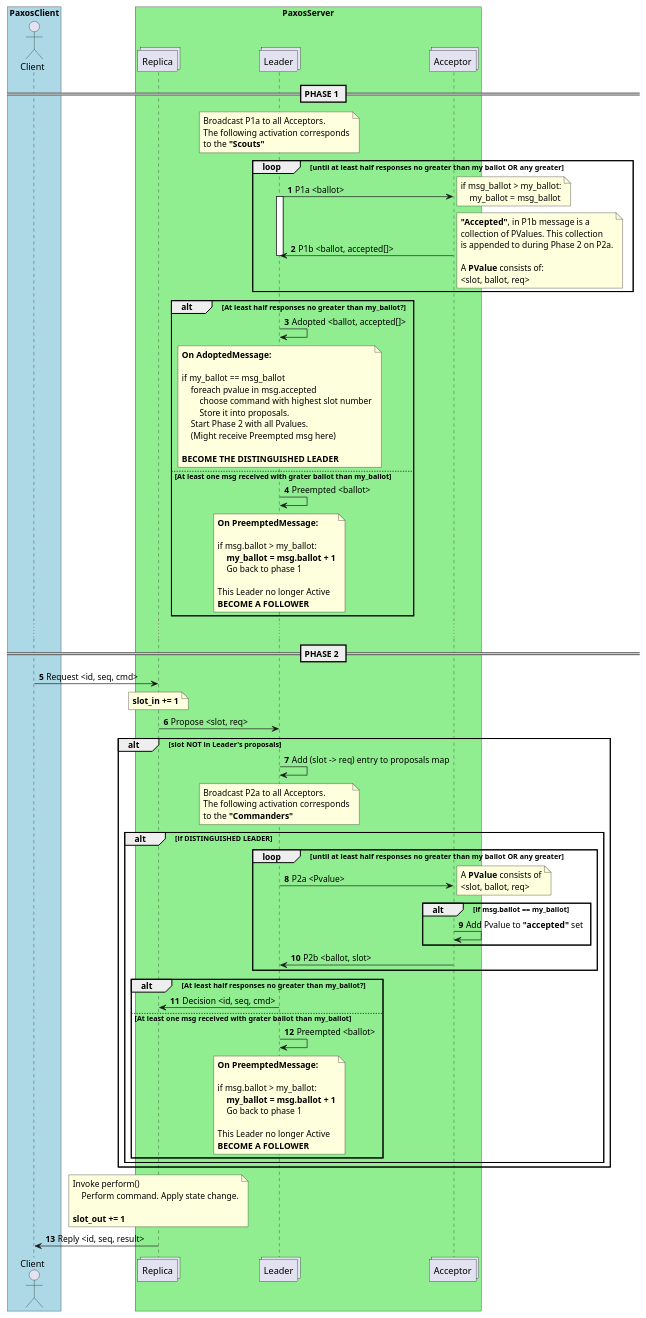
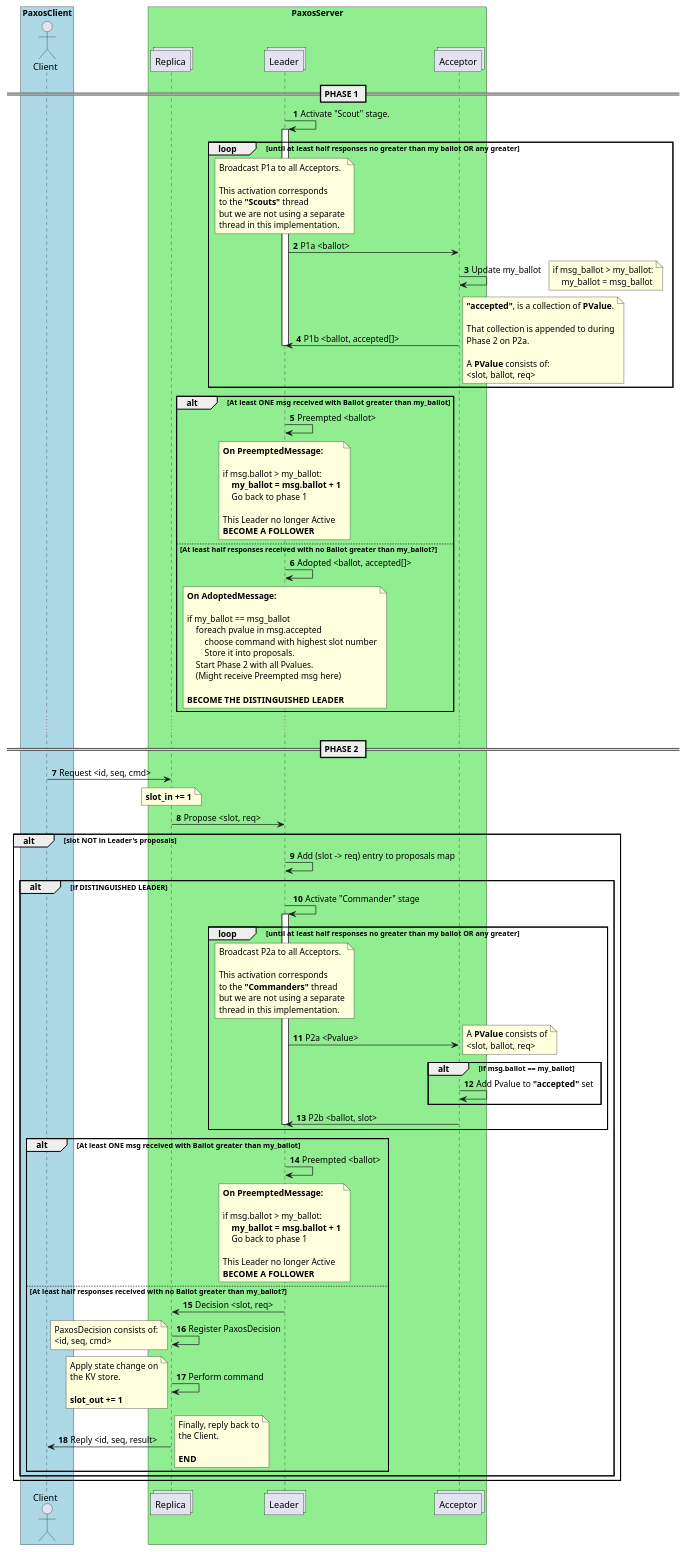
The diagram in paxos_sequence.puml (rodyce/paxos_understand), drawn with PlantUML before and after one commit.

Commit message:
Improve sequence diagram

```diff
--- a/paxos_sequence.puml
+++ b/paxos_sequence.puml
@@ -1,139 +1,166 @@
 @startuml PAXOS
 
 autonumber
 box "PaxosClient" #LightBlue
     actor Client
 end box
 box "PaxosServer" #LightGreen
     collections "Replica" as Replica
     collections "Leader" as Leader
     collections "Acceptor" as Acceptor
 end box
 
 
 == PHASE 1 ==
 
-note over Leader
-    Broadcast P1a to all Acceptors.
-    The following activation corresponds
-    to the **"Scouts"**
-end note
+Leader -> Leader : Activate "Scout" stage.
+
+activate Leader
 
 loop until at least half responses no greater than my ballot OR any greater
+    note over Leader
+        Broadcast P1a to all Acceptors.
+
+        This activation corresponds
+        to the **"Scouts"** thread
+        but we are not using a separate
+        thread in this implementation.
+    end note
+
     Leader -> Acceptor : P1a <ballot>
+
+    Acceptor -> Acceptor : Update my_ballot
     note right
         if msg_ballot > my_ballot:
             my_ballot = msg_ballot
     end note
 
-    activate Leader
-
     Acceptor -> Leader : P1b <ballot, accepted[]>
     note right
-        **"Accepted"**, in P1b message is a
-        collection of PValues. This collection
-        is appended to during Phase 2 on P2a.
+        **"accepted"**, is a collection of **PValue**.
+        
+        That collection is appended to during
+        Phase 2 on P2a.
 
         A **PValue** consists of:
         <slot, ballot, req>
     end note
 
     deactivate Leader
 end
 
-alt At least half responses no greater than my_ballot?
+alt At least ONE msg received with Ballot greater than my_ballot
+    Leader -> Leader : Preempted <ballot>
+    note over Leader
+        **On PreemptedMessage:**
+
+        if msg.ballot > my_ballot:
+            **my_ballot = msg.ballot + 1**
+            Go back to phase 1
+
+        This Leader no longer Active
+        **BECOME A FOLLOWER**
+    end note
+else At least half responses received with no Ballot greater than my_ballot?
     Leader -> Leader : Adopted <ballot, accepted[]>
     note over Leader
         **On AdoptedMessage:**
 
         if my_ballot == msg_ballot
             foreach pvalue in msg.accepted
                 choose command with highest slot number
                 Store it into proposals.
             Start Phase 2 with all Pvalues.
             (Might receive Preempted msg here)
 
         **BECOME THE DISTINGUISHED LEADER**
-    end note
-else At least one msg received with grater ballot than my_ballot
-    Leader -> Leader : Preempted <ballot>
-    note over Leader
-        **On PreemptedMessage:**
-
-        if msg.ballot > my_ballot:
-            **my_ballot = msg.ballot + 1**
-            Go back to phase 1
-
-        This Leader no longer Active
-        **BECOME A FOLLOWER**
     end note
 end
 
 
 ...
 
 == PHASE 2 ==
 
 Client -> Replica : Request <id, seq, cmd>
 note over Replica
     **slot_in += 1**
 end note
 
 Replica -> Leader : Propose <slot, req>
 
 alt slot NOT in Leader's proposals
     Leader -> Leader : Add (slot -> req) entry to proposals map
-    note over Leader
-        Broadcast P2a to all Acceptors.
-        The following activation corresponds
-        to the **"Commanders"**
-    end note
 
     alt if DISTINGUISHED LEADER
+        Leader -> Leader : Activate "Commander" stage
+        activate Leader
+
         loop until at least half responses no greater than my ballot OR any greater
+            note over Leader
+                Broadcast P2a to all Acceptors.
+
+                This activation corresponds
+                to the **"Commanders"** thread
+                but we are not using a separate
+                thread in this implementation.
+            end note
+
             Leader -> Acceptor : P2a <Pvalue>
             note right
                 A **PValue** consists of
                 <slot, ballot, req>
             end note
 
             alt if msg.ballot == my_ballot
                 Acceptor -> Acceptor : Add Pvalue to **"accepted"** set
             end
 
-            activate Leader
 
             Acceptor -> Leader : P2b <ballot, slot>
 
             deactivate Leader
         end
 
-        alt At least half responses no greater than my_ballot?
-            Leader -> Replica : Decision <id, seq, cmd>
-        else At least one msg received with grater ballot than my_ballot
+        alt At least ONE msg received with Ballot greater than my_ballot
             Leader -> Leader : Preempted <ballot>
 
             note over Leader
                 **On PreemptedMessage:**
 
                 if msg.ballot > my_ballot:
                     **my_ballot = msg.ballot + 1**
                     Go back to phase 1
 
                 This Leader no longer Active
                 **BECOME A FOLLOWER**
             end note
+        else At least half responses received with no Ballot greater than my_ballot?
+            Leader -> Replica : Decision <slot, req>
+
+            Replica -> Replica : Register PaxosDecision
+            note left
+                PaxosDecision consists of:
+                <id, seq, cmd>
+            end note
+
+            Replica -> Replica : Perform command
+            note left
+                Apply state change on
+                the KV store.
+
+                **slot_out += 1**
+            end note
+
+            Replica -> Client : Reply <id, seq, result>
+            note right
+                Finally, reply back to
+                the Client.
+
+                **END**
+            end note
         end
     end
 end
 
-note over Replica
-    Invoke perform()
-        Perform command. Apply state change.
-
-    **slot_out += 1**
-end note
-
-Replica -> Client : Reply <id, seq, result>
-
 @enduml
```
